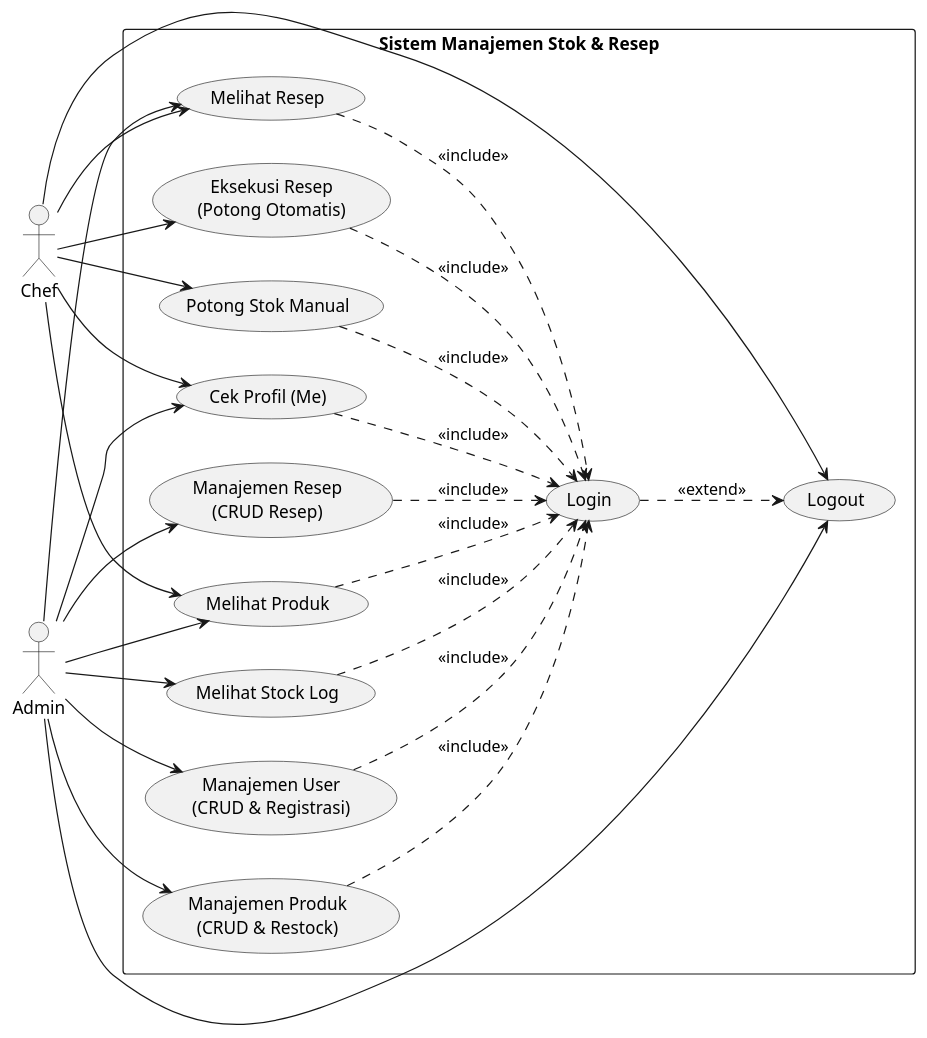
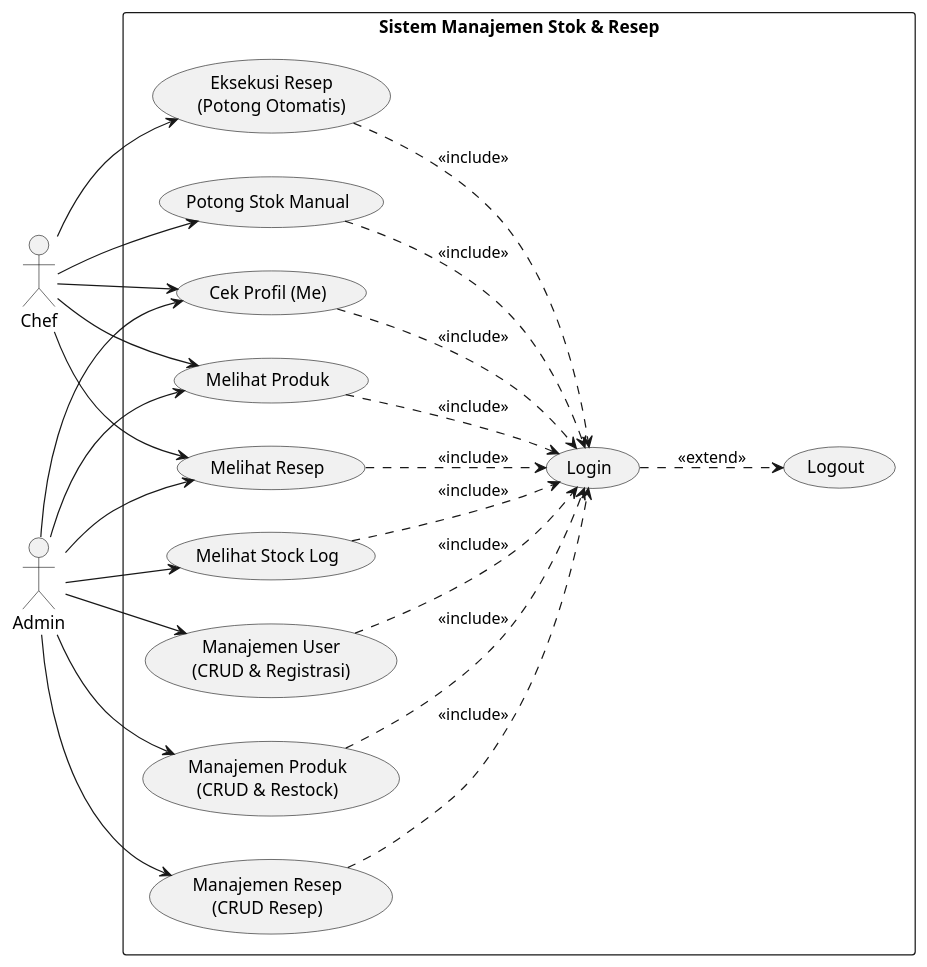
Before and after one commit to anandajuliar/projectpwf: the diagram in DiagramUML/usecase2.puml, drawn with PlantUML.

```diff
--- a/DiagramUML/usecase2.puml
+++ b/DiagramUML/usecase2.puml
@@ -1,64 +1,62 @@
 @startuml
 left to right direction
 skinparam packageStyle rectangle
 skinparam shadowing false
 
 actor "Chef" as chef
 actor "Admin" as admin
 
 rectangle "Sistem Manajemen Stok & Resep" {
   usecase "Login" as UC_Login
   
   ' Kelompok 1: Khusus Chef
   usecase "Eksekusi Resep\n(Potong Otomatis)" as UC_ExecRecipe
   usecase "Potong Stok Manual" as UC_ReduceManual
   
   ' Kelompok 2: Shared / Barengan
   usecase "Cek Profil (Me)" as UC_Profile
   usecase "Melihat Produk" as UC_ViewProduct
   usecase "Melihat Resep" as UC_ViewRecipe
   usecase "Logout" as UC_Logout
   
   ' Kelompok 3: Khusus Admin
   usecase "Melihat Stock Log" as UC_ViewLog
   usecase "Manajemen User\n(CRUD & Registrasi)" as UC_ManageUser
   usecase "Manajemen Produk\n(CRUD & Restock)" as UC_ManageProduct
   usecase "Manajemen Resep\n(CRUD Resep)" as UC_ManageRecipe
 }
 
 ' ==========================================
 ' RELASI AKTOR KE KEGIATAN
 ' ==========================================
 chef --> UC_ExecRecipe
 chef --> UC_ReduceManual
 chef --> UC_Profile
 chef --> UC_ViewProduct
 chef --> UC_ViewRecipe
-chef --> UC_Logout
 
 admin --> UC_Profile
 admin --> UC_ViewProduct
 admin --> UC_ViewRecipe
-admin --> UC_Logout
 admin --> UC_ViewLog
 admin --> UC_ManageUser
 admin --> UC_ManageProduct
 admin --> UC_ManageRecipe
 
 ' ==========================================
 ' RELASI INCLUDE & EXTEND KE LOGIN
 ' ==========================================
 ' PANAH EXTEND DIBALIK (Dari Login ke Logout)
 UC_Login ..> UC_Logout : <<extend>>
 
 ' PANAH INCLUDE (Semua menuju ke Login)
 UC_ExecRecipe ..> UC_Login : <<include>>
 UC_ReduceManual ..> UC_Login : <<include>>
 UC_Profile ..> UC_Login : <<include>>
 UC_ViewProduct ..> UC_Login : <<include>>
 UC_ViewRecipe ..> UC_Login : <<include>>
 UC_ViewLog ..> UC_Login : <<include>>
 UC_ManageUser ..> UC_Login : <<include>>
 UC_ManageProduct ..> UC_Login : <<include>>
 UC_ManageRecipe ..> UC_Login : <<include>>
 @enduml
```
